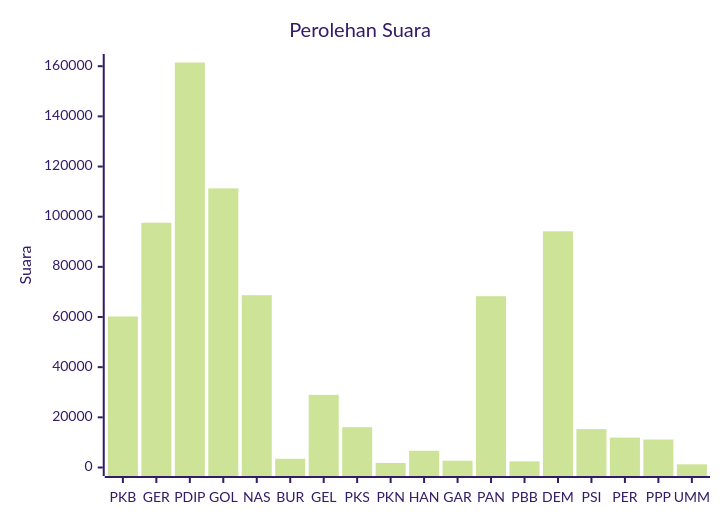
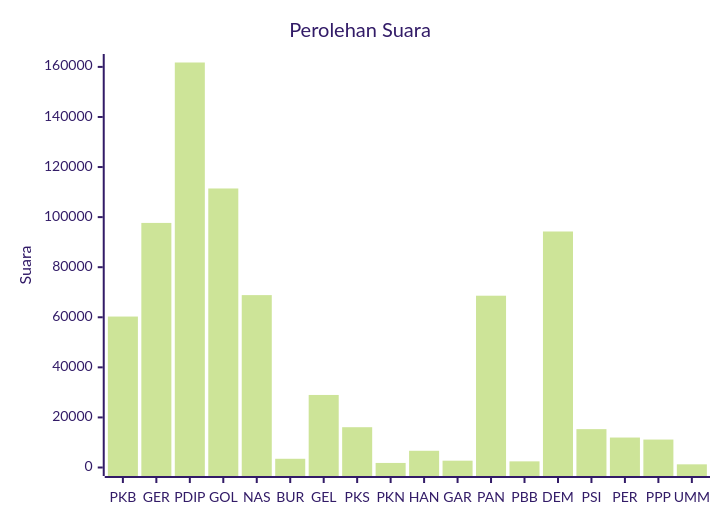
One commit to gigit-pemilu/pemilu-2024 changed the diagram in pileg-dpr/hitung-suara/sub/table-wilayah-62.md. Above: the diagram before and after it, drawn with Mermaid (forest theme). The commit also changed other lines of this file and 23 other files, not shown here.

````diff
--- a/pileg-dpr/hitung-suara/sub/table-wilayah-62.md
+++ b/pileg-dpr/hitung-suara/sub/table-wilayah-62.md
@@ -7,7 +7,7 @@
 ```mermaid
 xychart-beta
     title "Perolehan Suara"
     x-axis [PKB, GER, PDIP, GOL, NAS, BUR, GEL, PKS, PKN, HAN, GAR, PAN, PBB, DEM, PSI, PER, PPP, UMM]
-    y-axis "Suara" 0 --> 161477
-    bar [60210, 97597, 161477, 111307, 68704, 3477, 28967, 16075, 1819, 6672, 2719, 68298, 2452, 94176, 15305, 11922, 11161, 1263]
+    y-axis "Suara" 0 --> 161755
+    bar [60292, 97685, 161755, 111439, 68850, 3486, 28972, 16090, 1820, 6680, 2724, 68614, 2453, 94259, 15319, 11966, 11162, 1263]
 ```
````
